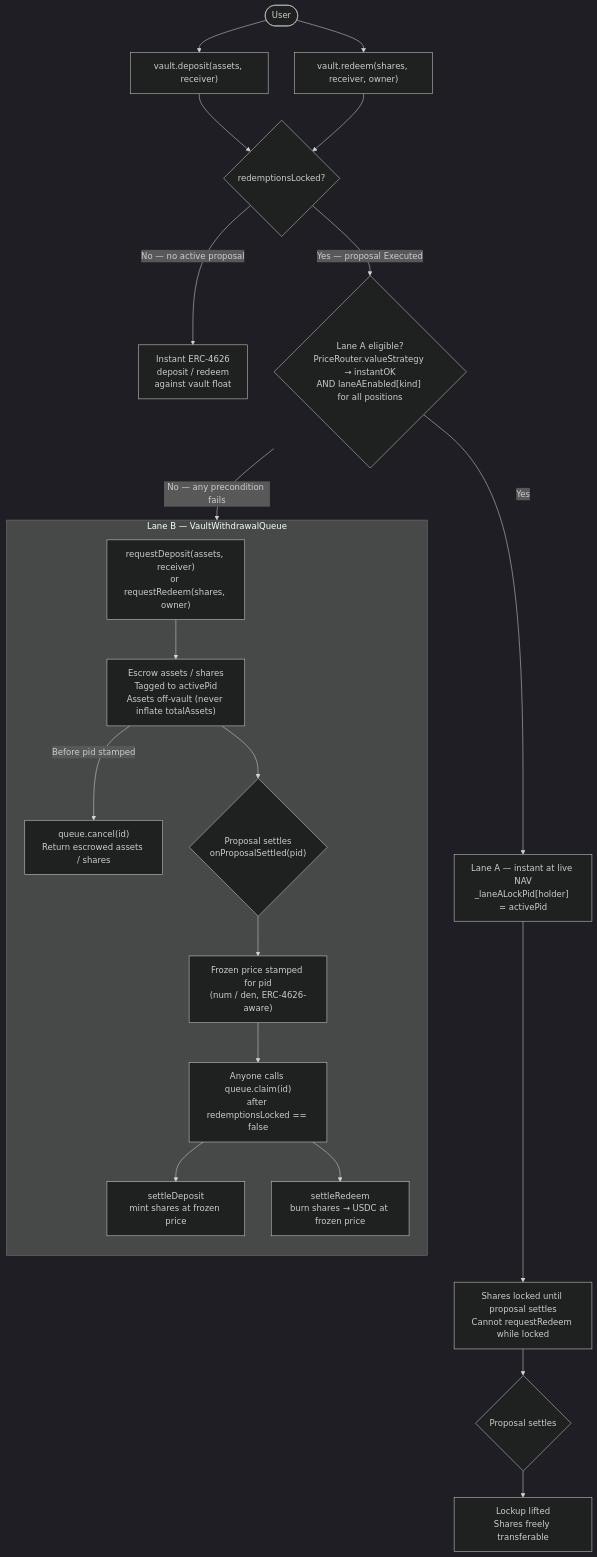
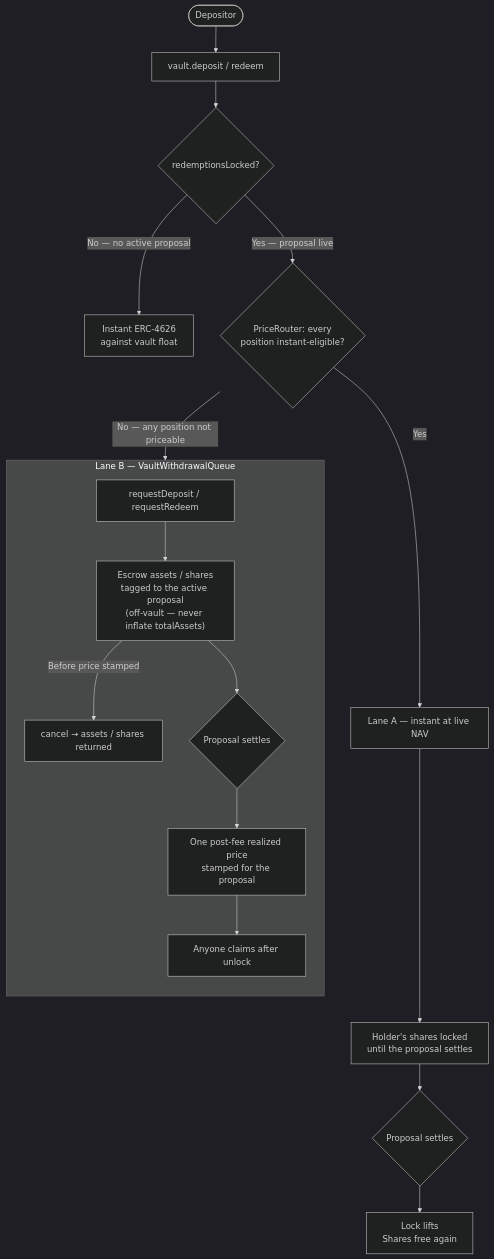
Before and after one commit to sherwoodagent/mintlify-docs: the diagram in protocol/vault-liquidity.mdx, drawn with Mermaid (dark theme). The commit also changed other lines of this file and 35 other files, not shown here.

````diff
--- a/protocol/vault-liquidity.mdx
+++ b/protocol/vault-liquidity.mdx
@@ -23,32 +24,27 @@
 ```mermaid
 flowchart TD
-    User(["User"])
-    User --> D["vault.deposit(assets, receiver)"]
-    User --> R["vault.redeem(shares, receiver, owner)"]
+    User(["Depositor"])
+    User --> D["vault.deposit / redeem"]
+    D --> Lock{redemptionsLocked?}
 
-    D --> Lock{redemptionsLocked?}
-    R --> Lock
+    Lock -- "No — no active proposal" --> ERC4626["Instant ERC-4626\nagainst vault float"]
 
-    Lock -- "No — no active proposal" --> ERC4626["Instant ERC-4626\ndeposit / redeem\nagainst vault float"]
+    Lock -- "Yes — proposal live" --> LaneACheck{"PriceRouter: every\nposition instant-eligible?"}
 
-    Lock -- "Yes — proposal Executed" --> LaneACheck{"Lane A eligible?\nPriceRouter.valueStrategy → instantOK\nAND laneAEnabled[kind] for all positions"}
+    LaneACheck -- "Yes" --> LaneA["Lane A — instant at live NAV"]
+    LaneA --> LaneALock["Holder's shares locked\nuntil the proposal settles"]
+    LaneALock --> Settled1{Proposal settles}
+    Settled1 --> Unlocked["Lock lifts\nShares free again"]
 
-    LaneACheck -- "Yes" --> LaneA["Lane A — instant at live NAV\n_laneALockPid[holder] = activePid"]
-    LaneA --> LaneALock["Shares locked until proposal settles\nCannot requestRedeem while locked"]
-    LaneALock --> Settled1{Proposal settles}
-    Settled1 --> Unlocked["Lockup lifted\nShares freely transferable"]
-
-    LaneACheck -- "No — any precondition fails" --> LaneBEntry
+    LaneACheck -- "No — any position not priceable" --> LaneBEntry
 
     subgraph LaneBEntry["Lane B — VaultWithdrawalQueue"]
         direction TB
-        Req["requestDeposit(assets, receiver)\nor requestRedeem(shares, owner)"]
-        Req --> Escrow["Escrow assets / shares\nTagged to activePid\nAssets off-vault (never inflate totalAssets)"]
-        Escrow -- "Before pid stamped" --> Cancel["queue.cancel(id)\nReturn escrowed assets / shares"]
-        Escrow --> SettleProposal{"Proposal settles\nonProposalSettled(pid)"}
-        SettleProposal --> FrozenPrice["Frozen price stamped for pid\n(num / den, ERC-4626-aware)"]
-        FrozenPrice --> Claim["Anyone calls queue.claim(id)\nafter redemptionsLocked == false"]
-        Claim --> DepositSettle["settleDeposit\nmint shares at frozen price"]
-        Claim --> RedeemSettle["settleRedeem\nburn shares → USDC at frozen price"]
+        Req["requestDeposit / requestRedeem"]
+        Req --> Escrow["Escrow assets / shares\ntagged to the active proposal\n(off-vault — never inflate totalAssets)"]
+        Escrow -- "Before price stamped" --> Cancel["cancel → assets / shares returned"]
+        Escrow --> SettleProposal{Proposal settles}
+        SettleProposal --> FrozenPrice["One post-fee realized price\nstamped for the proposal"]
+        FrozenPrice --> Claim["Anyone claims after unlock"]
     end
 ```
````
